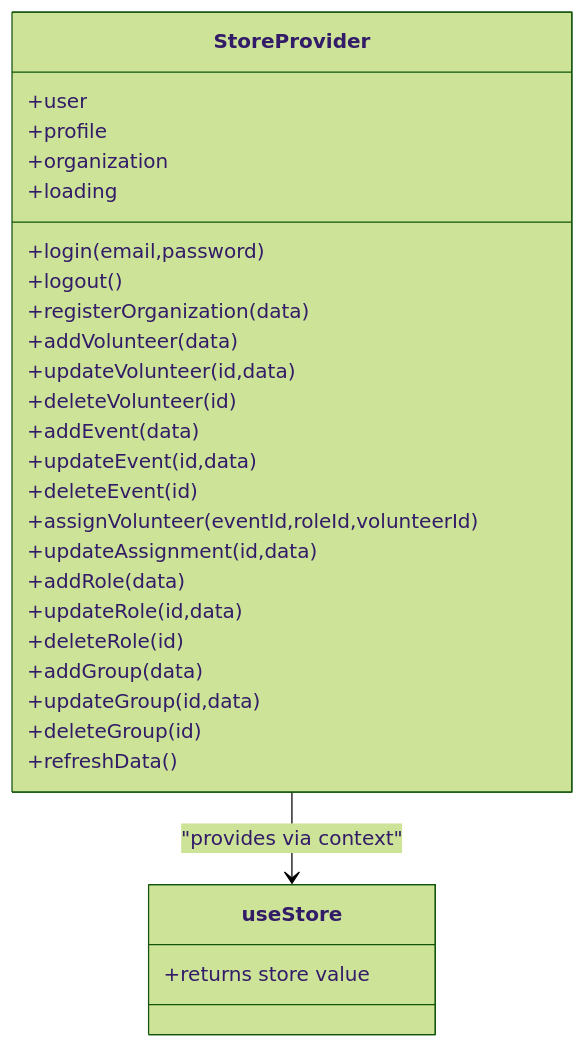
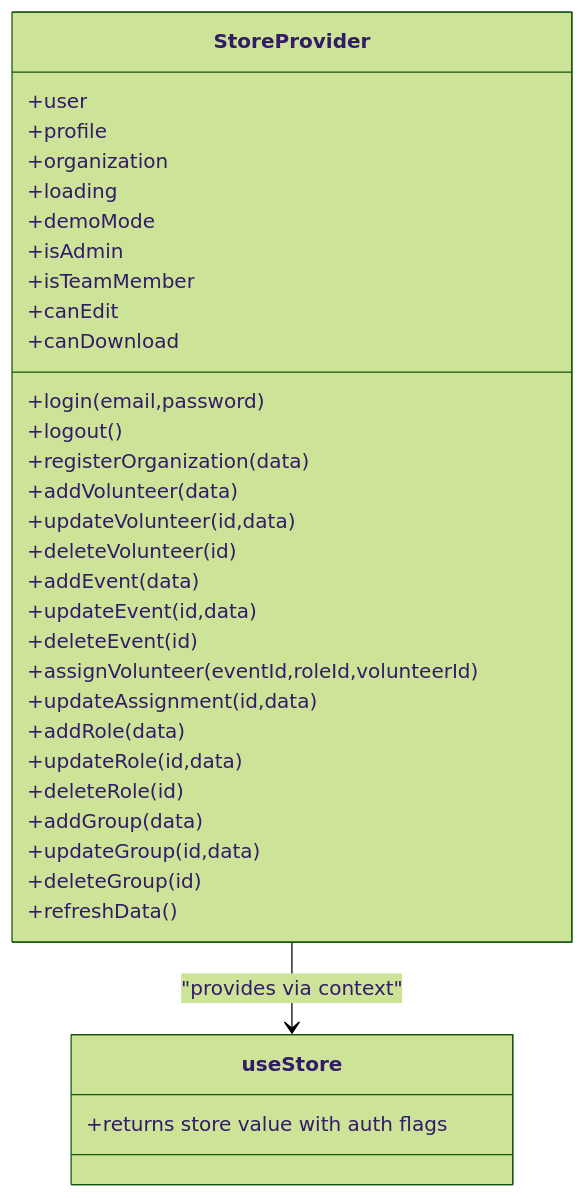
The third of 9 diagrams in .qoder/repowiki/en/content/State Management System/State Management System.md (netdaniel/serveflow), drawn with Mermaid (forest theme) before and after one commit. The commit also changed other lines of this file and 15 other files, not shown here.

````diff
--- a/.qoder/repowiki/en/content/State Management System/State Management System.md
+++ b/.qoder/repowiki/en/content/State Management System/State Management System.md
@@ -155,31 +237,36 @@
 ```mermaid
 classDiagram
 class StoreProvider {
 +user
 +profile
 +organization
 +loading
++demoMode
++isAdmin
++isTeamMember
++canEdit
++canDownload
 +login(email,password)
 +logout()
 +registerOrganization(data)
 +addVolunteer(data)
 +updateVolunteer(id,data)
 +deleteVolunteer(id)
 +addEvent(data)
 +updateEvent(id,data)
 +deleteEvent(id)
 +assignVolunteer(eventId,roleId,volunteerId)
 +updateAssignment(id,data)
 +addRole(data)
 +updateRole(id,data)
 +deleteRole(id)
 +addGroup(data)
 +updateGroup(id,data)
 +deleteGroup(id)
 +refreshData()
 }
 class useStore {
-+returns store value
++returns store value with auth flags
 }
 StoreProvider --> useStore : "provides via context"
 ```
````
